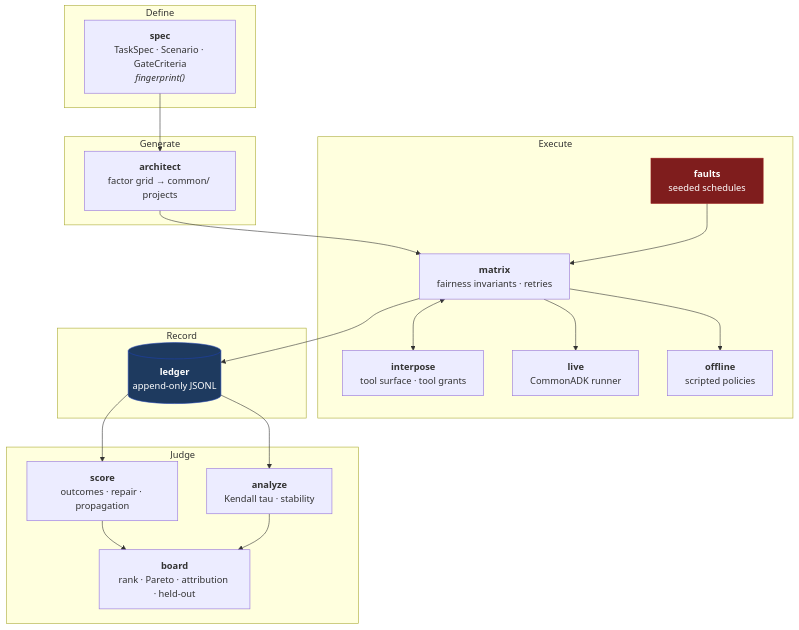
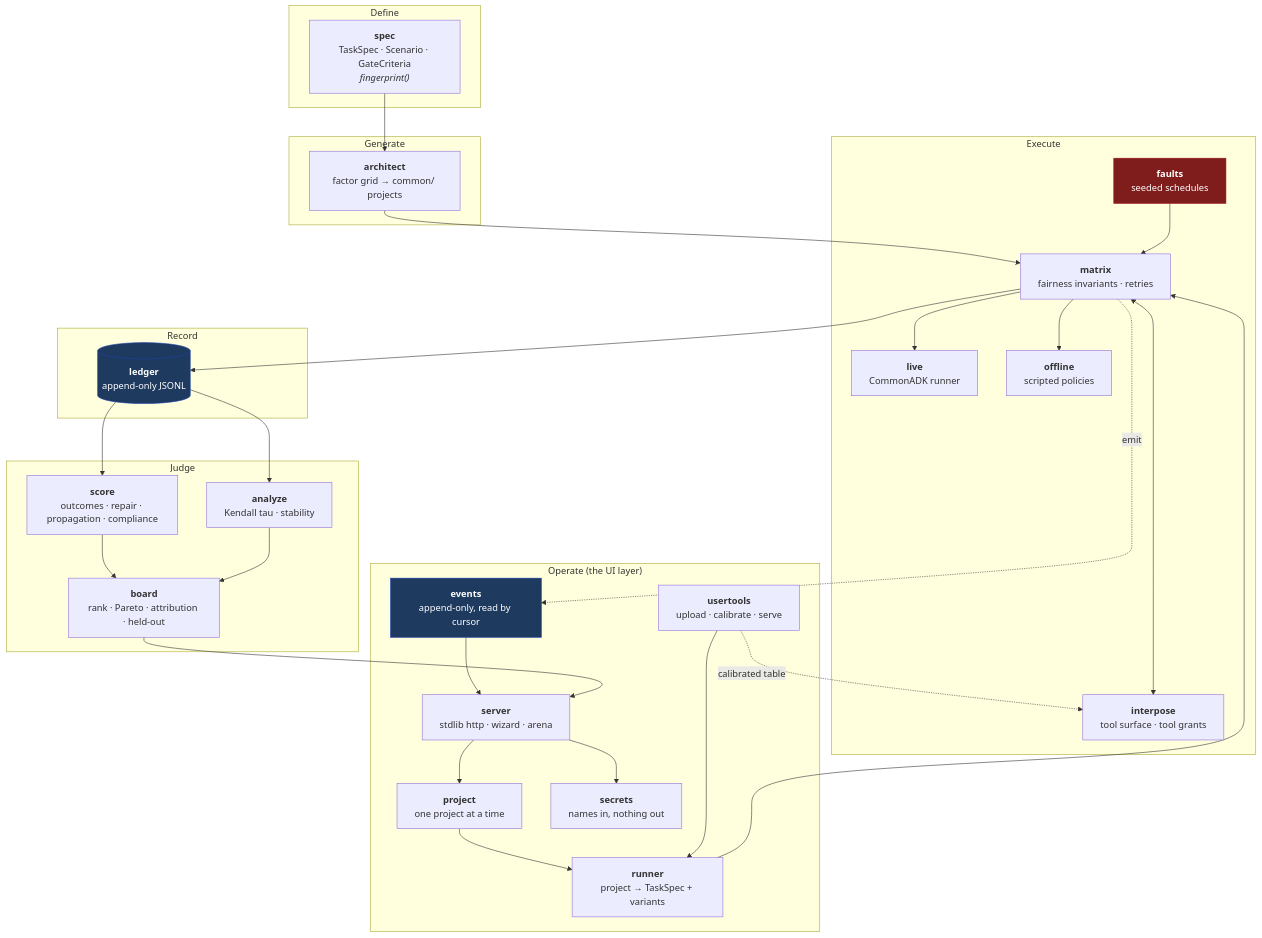
Before and after one commit to Mehul-Gupta-SMH/agent-gauntlet: the second of 5 diagrams in docs/architecture/hld.md, drawn with Mermaid. The commit also changed other lines of this file and 5 other files, not shown here.

````diff
--- a/docs/architecture/hld.md
+++ b/docs/architecture/hld.md
@@ -60,36 +88,52 @@
 ```mermaid
 flowchart TB
     subgraph Define
         SPEC["<b>spec</b><br/>TaskSpec · Scenario · GateCriteria<br/><i>fingerprint()</i>"]
     end
     subgraph Generate
         ARCH["<b>architect</b><br/>factor grid → common/ projects"]
     end
     subgraph Execute
         MATRIX["<b>matrix</b><br/>fairness invariants · retries"]
         FAULTS["<b>faults</b><br/>seeded schedules"]
         INTER["<b>interpose</b><br/>tool surface · tool grants"]
         LIVE["<b>live</b><br/>CommonADK runner"]
         OFF["<b>offline</b><br/>scripted policies"]
     end
     subgraph Record
         LEDGER[("<b>ledger</b><br/>append-only JSONL")]
     end
     subgraph Judge
-        SCORE["<b>score</b><br/>outcomes · repair · propagation"]
+        SCORE["<b>score</b><br/>outcomes · repair · propagation · compliance"]
         ANALYZE["<b>analyze</b><br/>Kendall tau · stability"]
         BOARD["<b>board</b><br/>rank · Pareto · attribution · held-out"]
+    end
+    subgraph Operate["Operate (the UI layer)"]
+        PROJECT["<b>project</b><br/>one project at a time"]
+        USERTOOLS["<b>usertools</b><br/>upload · calibrate · serve"]
+        RUNNER["<b>runner</b><br/>project → TaskSpec + variants"]
+        SECRETS["<b>secrets</b><br/>names in, nothing out"]
+        SERVER["<b>server</b><br/>stdlib http · wizard · arena"]
+        EVENTS["<b>events</b><br/>append-only, read by cursor"]
     end
 
     SPEC --> ARCH --> MATRIX
     FAULTS --> MATRIX
     MATRIX <--> INTER
     MATRIX --> LIVE
     MATRIX --> OFF
     MATRIX --> LEDGER
     LEDGER --> SCORE --> BOARD
     LEDGER --> ANALYZE --> BOARD
 
+    PROJECT --> RUNNER --> MATRIX
+    USERTOOLS --> RUNNER
+    USERTOOLS -.->|calibrated table| INTER
+    SERVER --> PROJECT & SECRETS
+    MATRIX -.->|emit| EVENTS --> SERVER
+    BOARD --> SERVER
+
     style LEDGER fill:#1e3a5f,stroke:#1e40af,color:#fff
+    style EVENTS fill:#1e3a5f,stroke:#1e40af,color:#fff
     style FAULTS fill:#7f1d1d,stroke:#991b1b,color:#fff
 ```
````
